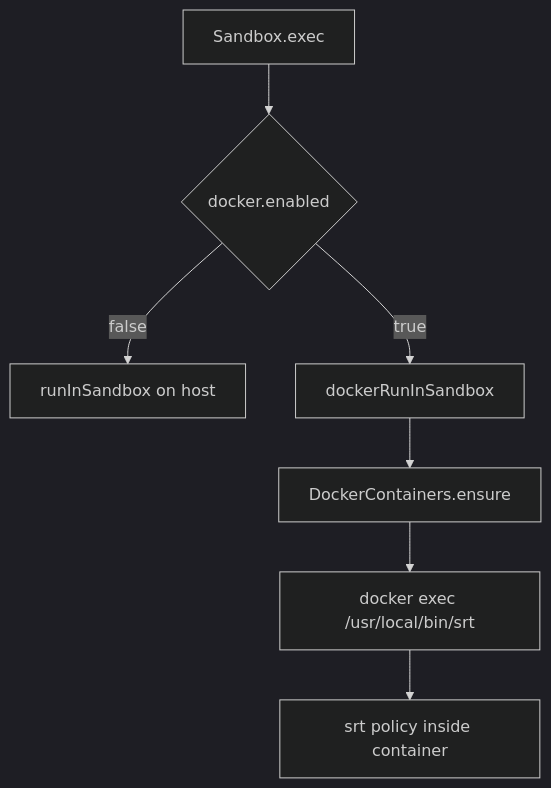
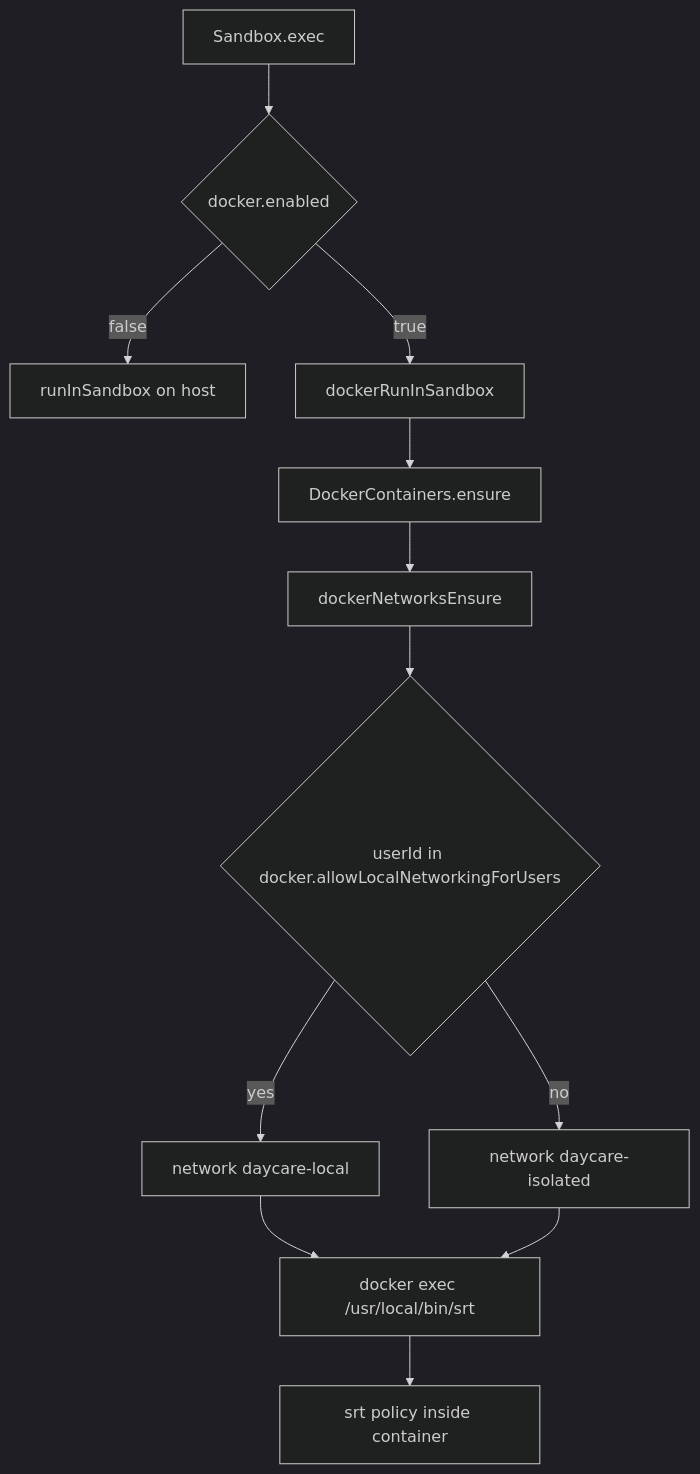
The first of 2 diagrams in packages/daycare/sources/sandbox/docker/README.md (ex3ndr/daycare), drawn with Mermaid (dark theme) before and after one commit. The commit also changed other lines of this file and 27 other files, not shown here.

Commit message:
feat(sandbox): isolate docker local networking

````diff
--- a/packages/daycare/sources/sandbox/docker/README.md
+++ b/packages/daycare/sources/sandbox/docker/README.md
@@ -68,9 +70,14 @@
 ```mermaid
 graph TD
     A[Sandbox.exec] --> B{docker.enabled}
     B -->|false| C[runInSandbox on host]
     B -->|true| D[dockerRunInSandbox]
     D --> E[DockerContainers.ensure]
-    E --> F[docker exec /usr/local/bin/srt]
+    E --> E1[dockerNetworksEnsure]
+    E1 --> E2{userId in docker.allowLocalNetworkingForUsers}
+    E2 -->|yes| E3[network daycare-local]
+    E2 -->|no| E4[network daycare-isolated]
+    E3 --> F[docker exec /usr/local/bin/srt]
+    E4 --> F
     F --> G[srt policy inside container]
 ```
````
